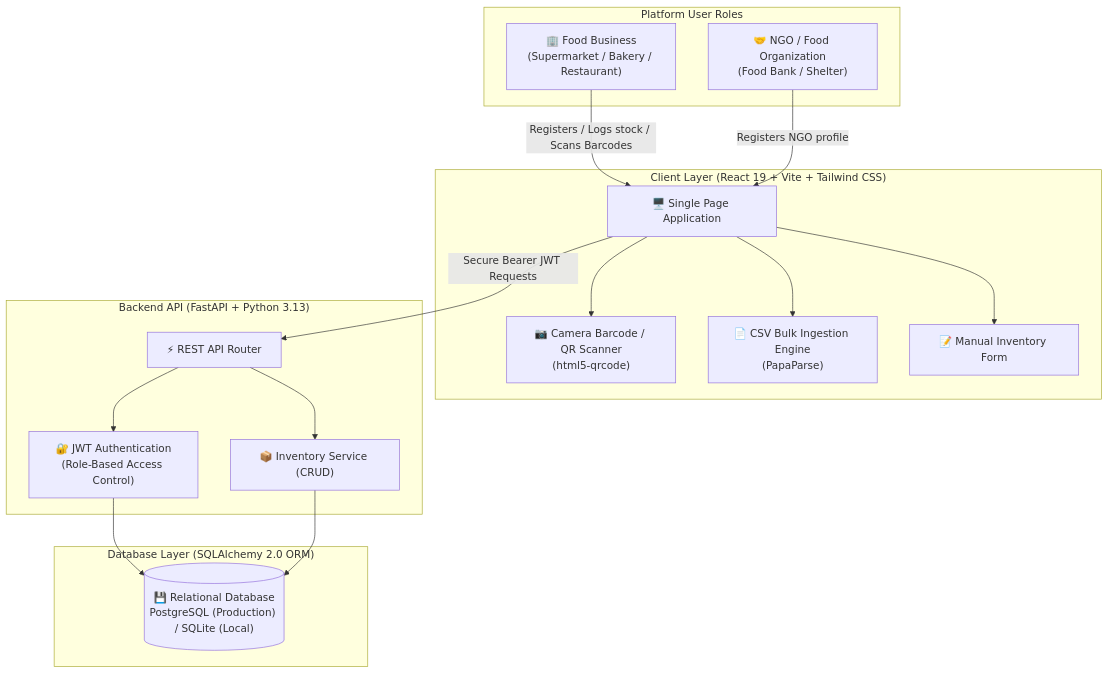
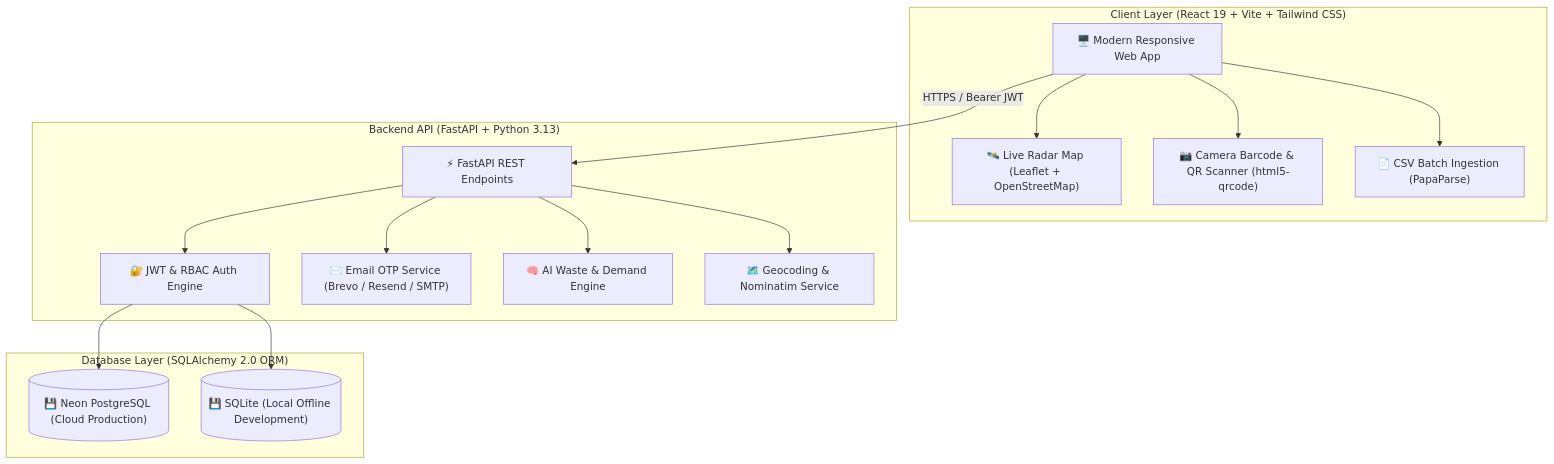
One commit to preygoti/foodwaste-platform changed the first of 2 diagrams in README.md. Above: the diagram before and after it, drawn with Mermaid. The commit also changed other lines of this file, not shown here.

Commit message:
docs: update README.md with comprehensive milestone documentation, architecture, and feature breakdown

````diff
--- a/README.md
+++ b/README.md
@@ -61,37 +65,34 @@
 ```mermaid
 flowchart TD
-    subgraph Users ["Platform User Roles"]
-        B["🏢 Food Business<br/>(Supermarket / Bakery / Restaurant)"]
-        N["🤝 NGO / Food Organization<br/>(Food Bank / Shelter)"]
-    end
-
-    subgraph Client ["Client Layer (React 19 + Vite + Tailwind CSS)"]
-        F["🖥️ Single Page Application"]
-        SCAN["📷 Camera Barcode / QR Scanner<br/>(html5-qrcode)"]
-        CSV["📄 CSV Bulk Ingestion Engine<br/>(PapaParse)"]
-        FORM["📝 Manual Inventory Form"]
-        F --> SCAN
-        F --> CSV
-        F --> FORM
+    subgraph Clients ["Client Layer (React 19 + Vite + Tailwind CSS)"]
+        UI["🖥️ Modern Responsive Web App"]
+        MAP["🛰️ Live Radar Map (Leaflet + OpenStreetMap)"]
+        SCAN["📷 Camera Barcode & QR Scanner (html5-qrcode)"]
+        CSV["📄 CSV Batch Ingestion (PapaParse)"]
+        UI --> MAP
+        UI --> SCAN
+        UI --> CSV
     end
 
     subgraph Server ["Backend API (FastAPI + Python 3.13)"]
-        API["⚡ REST API Router"]
-        AUTH["🔐 JWT Authentication<br/>(Role-Based Access Control)"]
-        INV["📦 Inventory Service (CRUD)"]
+        API["⚡ FastAPI REST Endpoints"]
+        AUTH["🔐 JWT & RBAC Auth Engine"]
+        EMAIL["✉️ Email OTP Service (Brevo / Resend / SMTP)"]
+        RISK["🧠 AI Waste & Demand Engine"]
+        GEO["🗺️ Geocoding & Nominatim Service"]
         
         API --> AUTH
-        API --> INV
+        API --> EMAIL
+        API --> RISK
+        API --> GEO
     end
 
     subgraph Storage ["Database Layer (SQLAlchemy 2.0 ORM)"]
-        DB[("💾 Relational Database<br/>PostgreSQL (Production) / SQLite (Local)")]
+        PG[("💾 Neon PostgreSQL (Cloud Production)")]
+        SQLITE[("💾 SQLite (Local Offline Development)")]
     end
 
-    B -->|Registers / Logs stock / Scans Barcodes| F
-    N -->|Registers NGO profile| F
-    F -->|Secure Bearer JWT Requests| API
-
-    AUTH --> DB
-    INV --> DB
+    UI -->|HTTPS / Bearer JWT| API
+    AUTH --> PG
+    AUTH --> SQLITE
 ```
````
